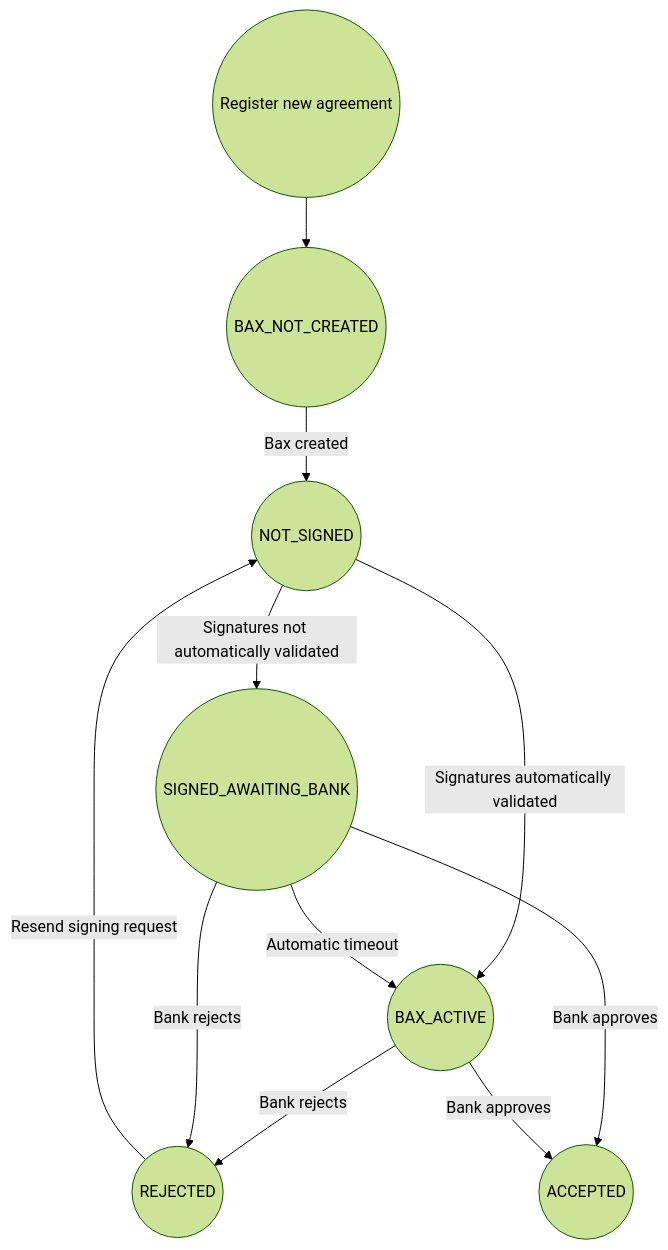
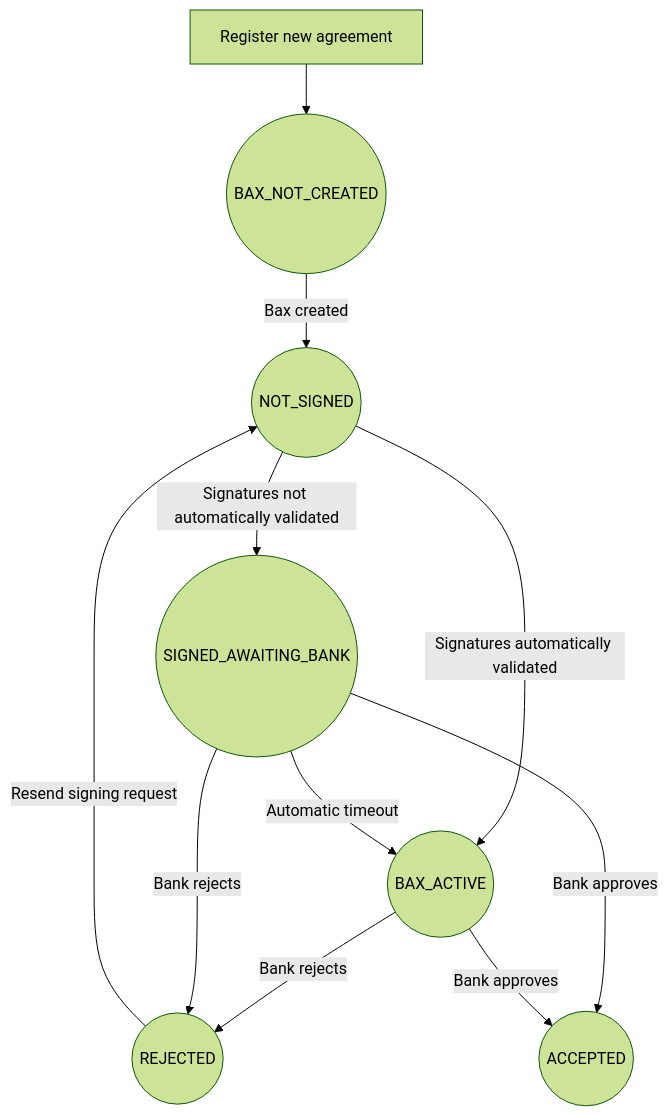
Before and after one commit to BankAxept/bankaxept-onboarding-external-documentation: the diagram in docs/getting_started.md, drawn with Mermaid (forest theme). The commit also changed other lines of this file and 2 other files, not shown here.

````diff
--- a/docs/getting_started.md
+++ b/docs/getting_started.md
@@ -47,13 +47,13 @@
 ```mermaid
 graph TD
-    A((Register new agreement)) --> B((BAX_NOT_CREATED))
+    A[Register new agreement] --> B((BAX_NOT_CREATED))
     B -->|Bax created| C((NOT_SIGNED))
     C -->|Signatures not automatically validated| D((SIGNED_AWAITING_BANK))
     C -->|Signatures automatically validated| E((BAX_ACTIVE))
     E -->|Bank rejects| F((REJECTED))
     D -->|Bank rejects| F((REJECTED))
     D -->|Bank approves| G((ACCEPTED))
     D -->|Automatic timeout| E((BAX_ACTIVE))
     E -->|Bank approves| G((ACCEPTED))
     F -->|Resend signing request| C((NOT_SIGNED))
 ```
````
